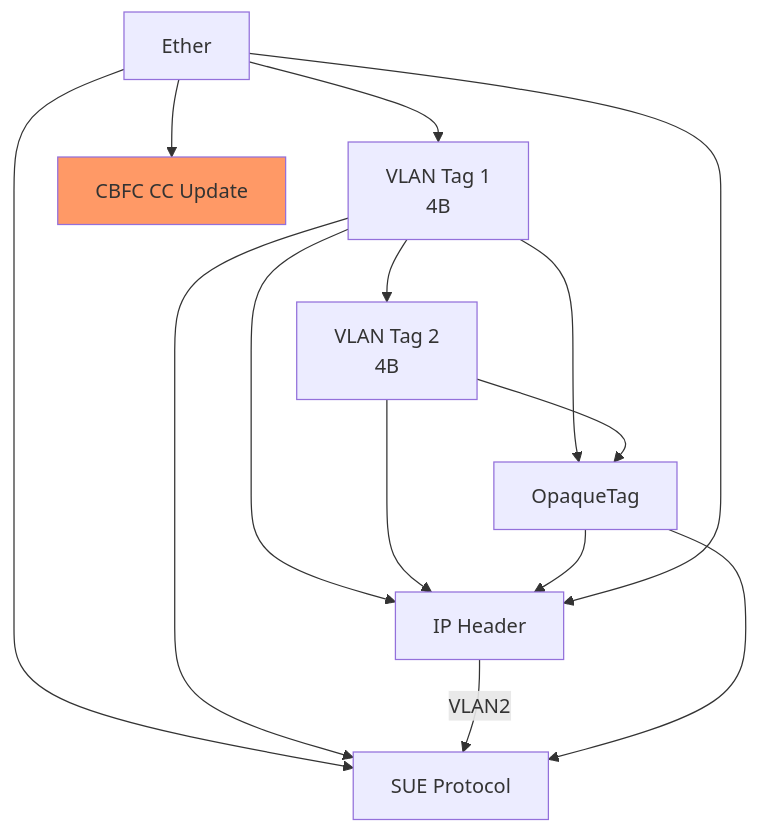
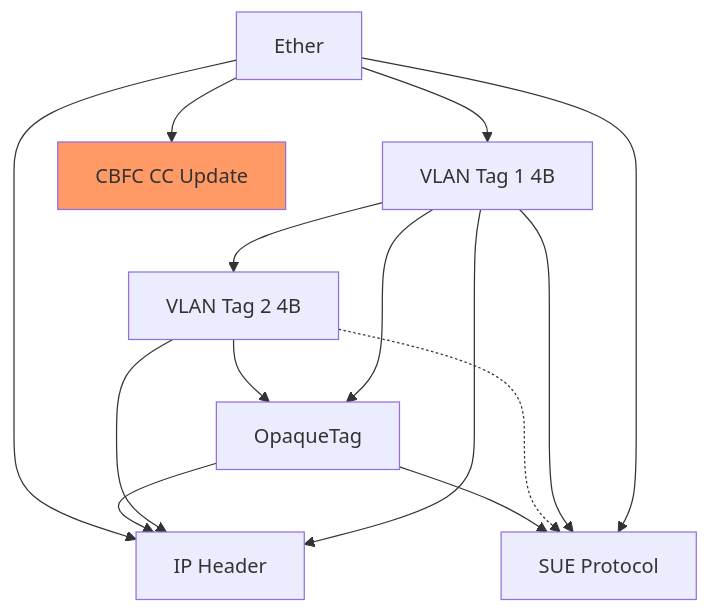
Before and after one commit to RuyeeAI/HardwareDesign: the first of 4 diagrams in docs/PreParser.md, drawn with Mermaid. The commit also changed other lines of this file, not shown here.

First line of the commit message:
Consolidate PreParser doc: remove separate LUTs, align OpaqueTag/CBFC/SUE handling

````diff
--- a/docs/PreParser.md
+++ b/docs/PreParser.md
@@ -60,19 +60,19 @@
 ```mermaid
 flowchart TD
-    Ether --> VLAN1[VLAN Tag 1<br/>4B]
+    Ether --> VLAN1[VLAN Tag 1 4B]
     Ether --> SUE[SUE Protocol]
     Ether --> CC_UPDATE[CBFC CC Update]
-    VLAN1 --> VLAN2[VLAN Tag 2<br/>4B]
+    VLAN1 --> VLAN2[VLAN Tag 2 4B]
     VLAN1 --> IP[IP Header]
     VLAN1 --> SUE
     VLAN1 --> OpaqueTag
     VLAN2 --> OpaqueTag
     VLAN2 --> IP
-    -- VLAN2 --> SUE
+    VLAN2 -.-> SUE
 
     OpaqueTag --> IP
     OpaqueTag --> SUE
     Ether --> IP
 
     style CC_UPDATE fill:#f96
 ```
````
